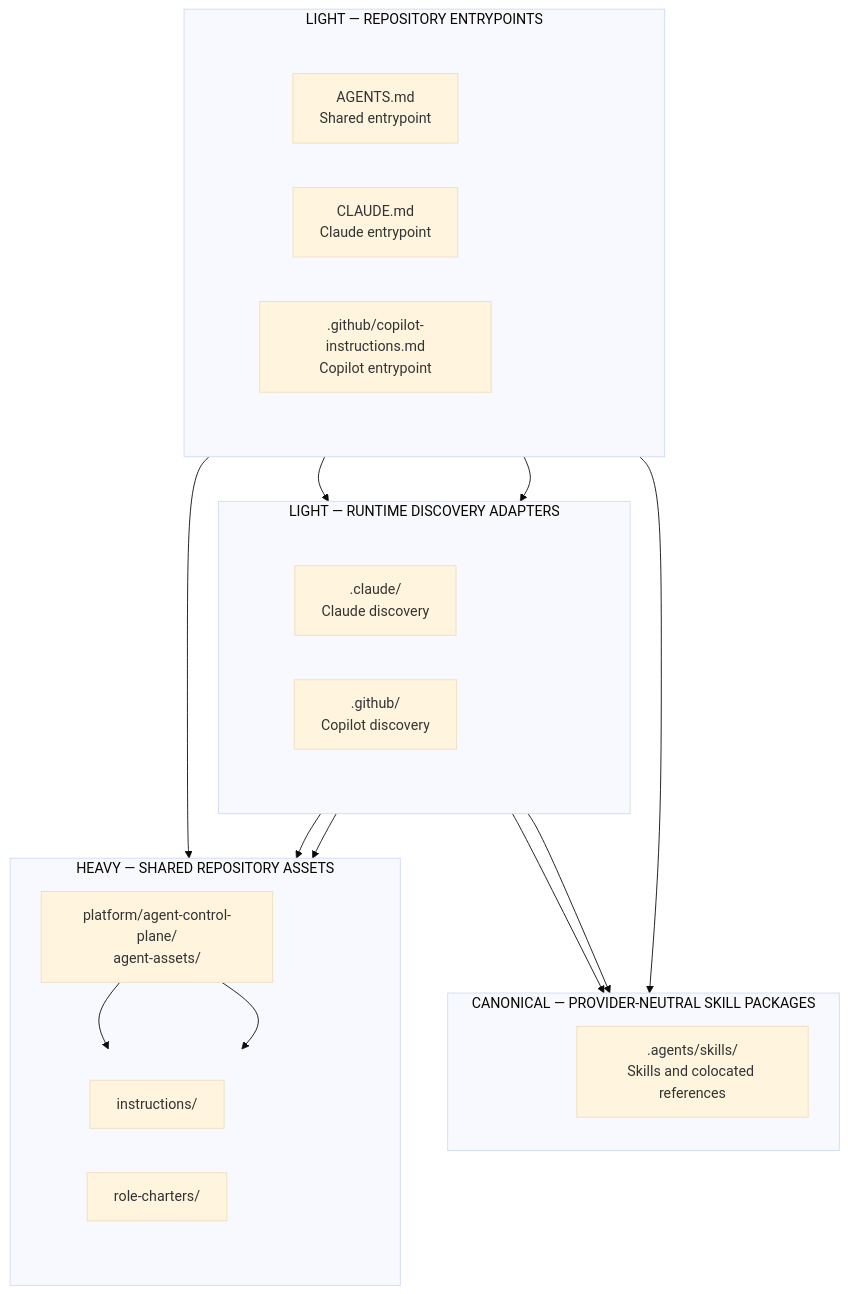
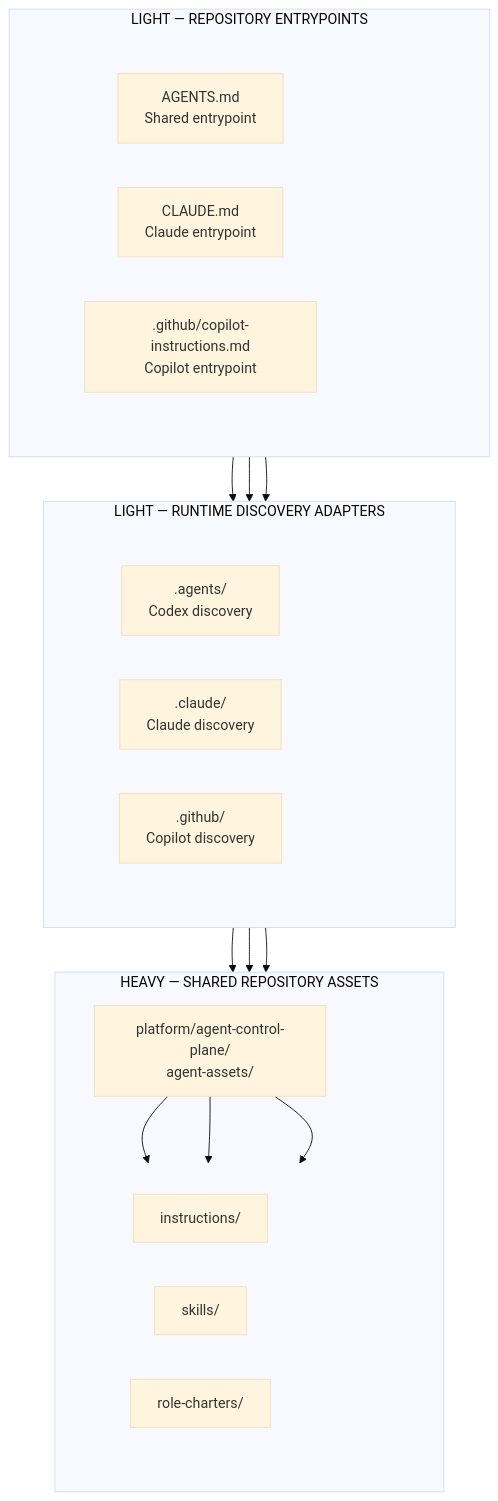
One commit to Oak-22/agentic-engineering-platform changed the diagram in platform/agent-control-plane/docs/diagrams/agent-asset-discovery-layers.md. Above: the diagram before and after it, drawn with Mermaid (base theme). The commit also changed 42 other files, not shown here.

Commit message:
Centralize agent skill packages

````diff
--- a/platform/agent-control-plane/docs/diagrams/agent-asset-discovery-layers.md
+++ b/platform/agent-control-plane/docs/diagrams/agent-asset-discovery-layers.md
@@ -6,65 +6,59 @@
 ```mermaid
 flowchart TB
     subgraph E["LIGHT — REPOSITORY ENTRYPOINTS"]
         direction TB
         ES[" "]
 
         subgraph ER[" "]
             direction LR
             A["AGENTS.md<br/>Shared entrypoint"]
             C["CLAUDE.md<br/>Claude entrypoint"]
             G[".github/copilot-instructions.md<br/>Copilot entrypoint"]
         end
     end
 
-    subgraph P["CANONICAL — PROVIDER-NEUTRAL SKILL PACKAGES"]
-        direction TB
-        PS[" "]
-        DA[".agents/skills/<br/>Skills and colocated references"]
-    end
-
     subgraph D["LIGHT — RUNTIME DISCOVERY ADAPTERS"]
         direction TB
         DS[" "]
 
         subgraph DR[" "]
             direction LR
+            DO[".agents/<br/>Codex discovery"]
             DC[".claude/<br/>Claude discovery"]
             DG[".github/<br/>Copilot discovery"]
         end
     end
 
     subgraph S["HEAVY — SHARED REPOSITORY ASSETS"]
         direction TB
         SS[" "]
         ROOT["platform/agent-control-plane/<br/>agent-assets/"]
 
         subgraph SR[" "]
             direction LR
             I["instructions/"]
+            K["skills/"]
             R["role-charters/"]
         end
     end
 
-    A --> DA
+    A --> DO
     C --> DC
     G --> DG
 
-    DC --> DA
-    DG --> DA
-    A --> ROOT
+    DO --> ROOT
     DC --> ROOT
     DG --> ROOT
 
     ROOT --> I
+    ROOT --> K
     ROOT --> R
 
     style ES fill:transparent,stroke:transparent
-    style PS fill:transparent,stroke:transparent
     style DS fill:transparent,stroke:transparent
     style SS fill:transparent,stroke:transparent
 
     style ER fill:transparent,stroke:transparent
     style DR fill:transparent,stroke:transparent
     style SR fill:transparent,stroke:transparent
 ```
````
